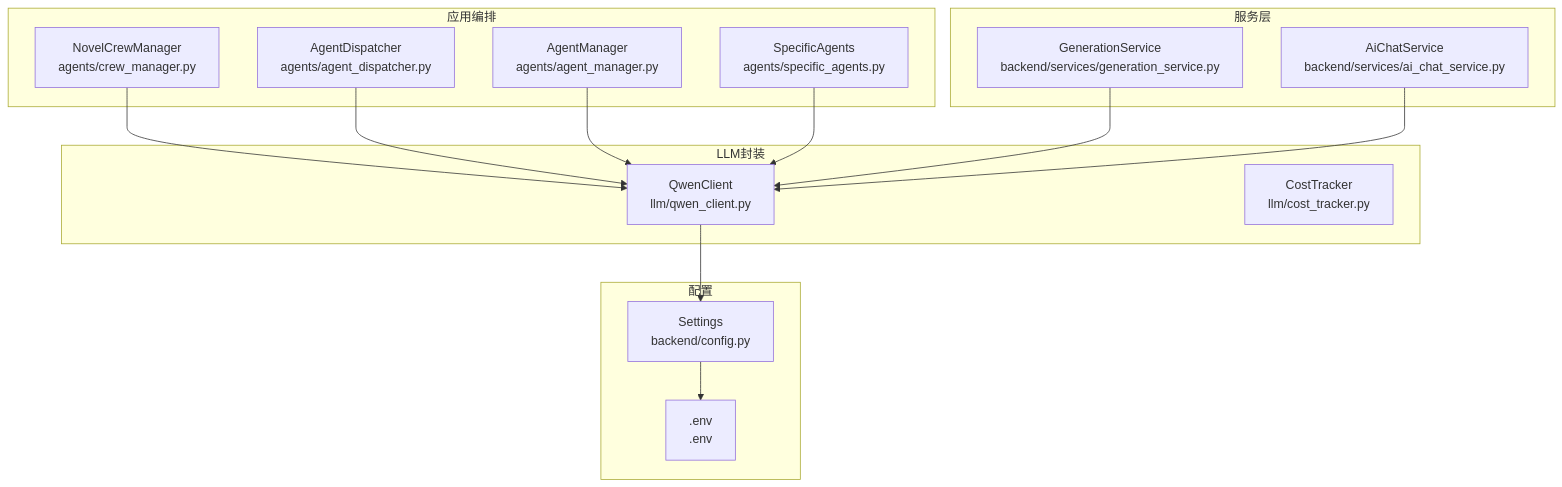
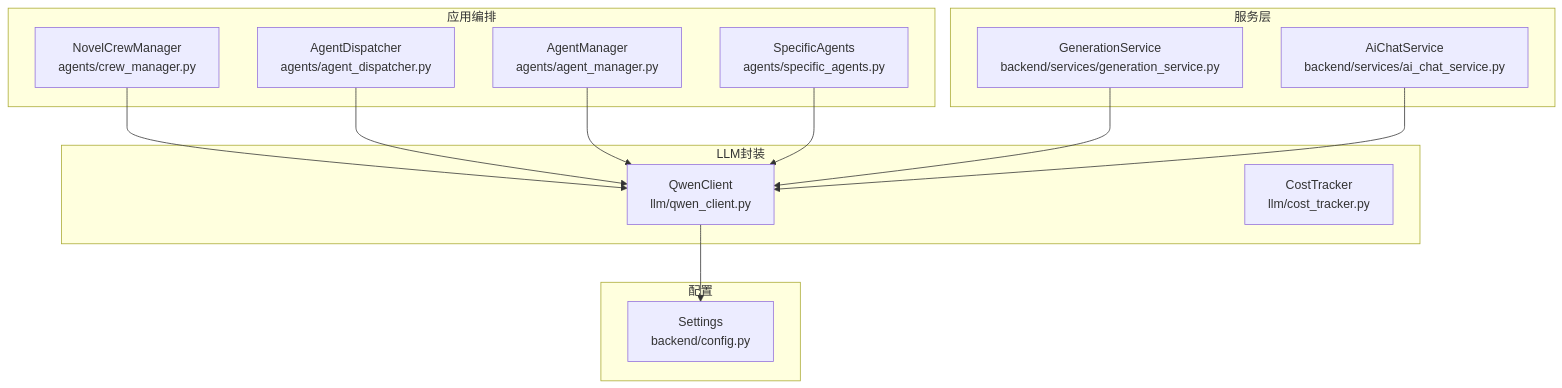
The first of 7 diagrams in .qoder/repowiki/zh/content/LLM集成架构/LLM客户端封装.md (xfbyxq/ai-novel-system), drawn with Mermaid before and after one commit. The commit also changed other lines of this file and 29 other files, not shown here.

````diff
--- a/.qoder/repowiki/zh/content/LLM集成架构/LLM客户端封装.md
+++ b/.qoder/repowiki/zh/content/LLM集成架构/LLM客户端封装.md
@@ -49,29 +56,27 @@
 ```mermaid
 graph TB
 subgraph "LLM封装"
 QC["QwenClient<br/>llm/qwen_client.py"]
 CT["CostTracker<br/>llm/cost_tracker.py"]
 end
 subgraph "应用编排"
 CM["NovelCrewManager<br/>agents/crew_manager.py"]
 AD["AgentDispatcher<br/>agents/agent_dispatcher.py"]
 AM["AgentManager<br/>agents/agent_manager.py"]
 SA["SpecificAgents<br/>agents/specific_agents.py"]
 end
 subgraph "服务层"
 GS["GenerationService<br/>backend/services/generation_service.py"]
 ACS["AiChatService<br/>backend/services/ai_chat_service.py"]
 end
 subgraph "配置"
 CFG["Settings<br/>backend/config.py"]
-ENV[".env<br/>.env"]
 end
 CM --> QC
 AD --> QC
 AM --> QC
 SA --> QC
 GS --> QC
 ACS --> QC
 QC --> CFG
-CFG --> ENV
 ```
````
